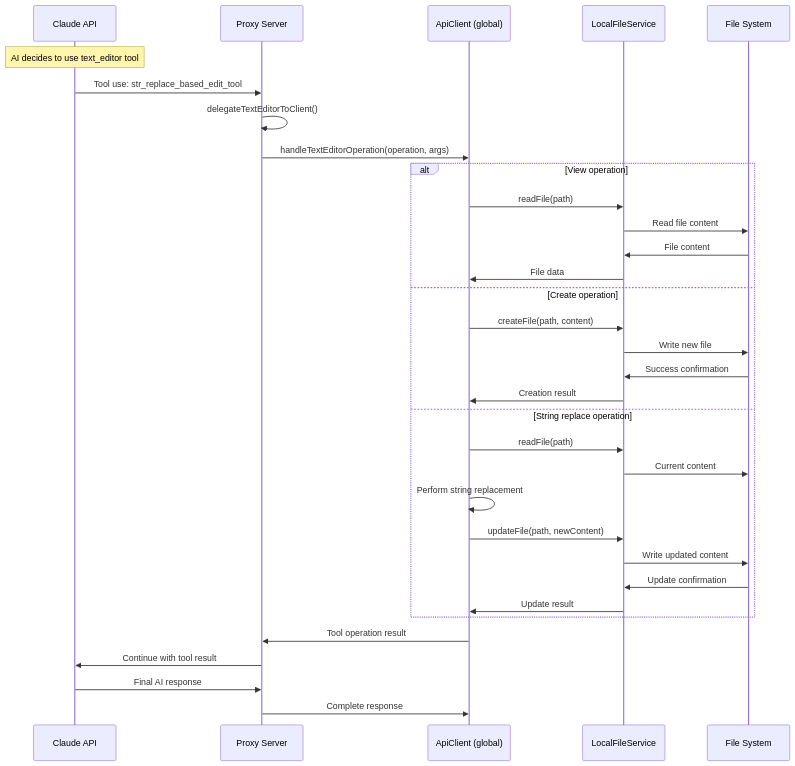
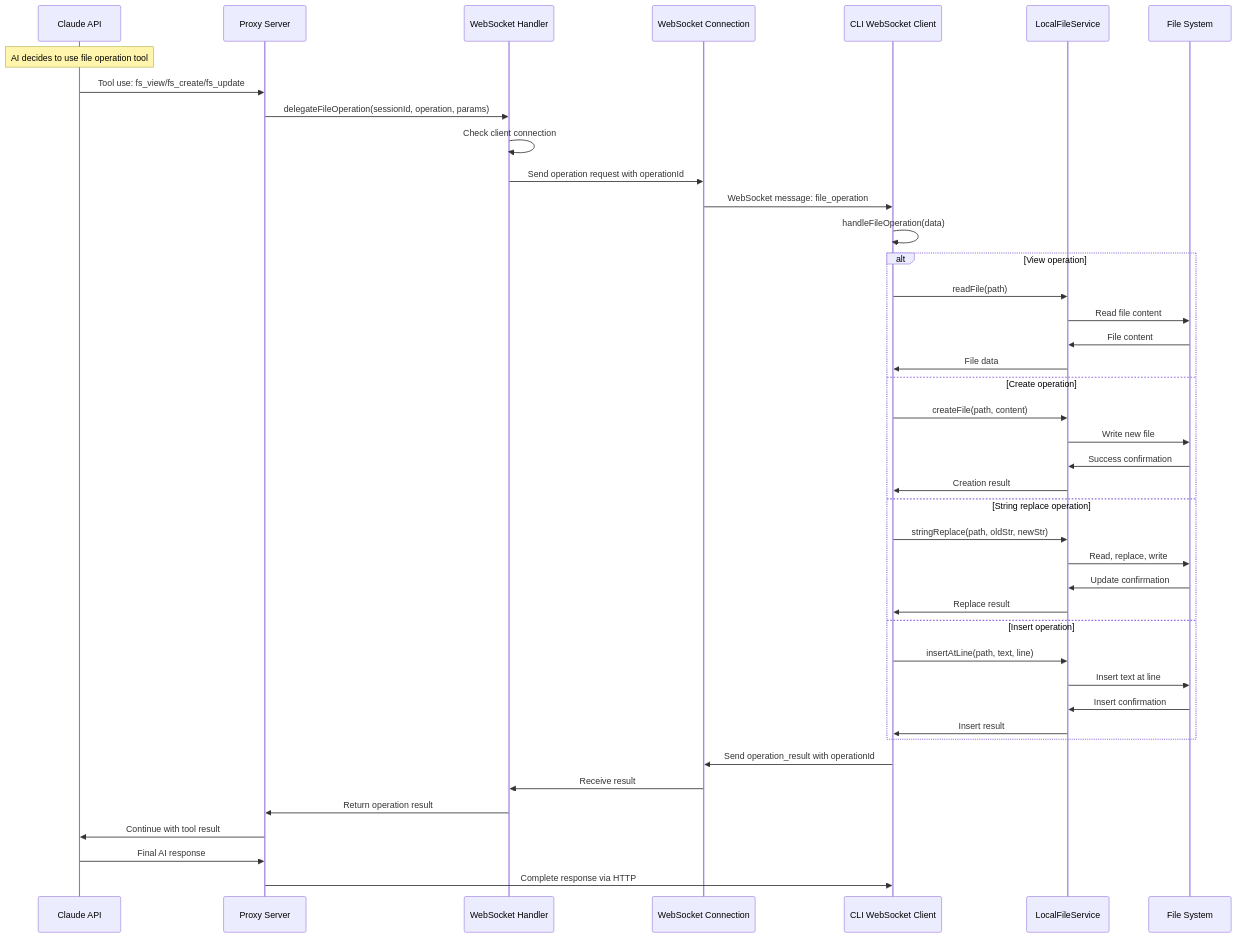
One commit to Davidgsilva/galaxy changed the fifth of 7 diagrams in docs/SYSTEM-FLOW-DIAGRAM.md. Above: the diagram before and after it, drawn with Mermaid. The commit also changed other lines of this file and 11 other files, not shown here.

````diff
--- a/docs/SYSTEM-FLOW-DIAGRAM.md
+++ b/docs/SYSTEM-FLOW-DIAGRAM.md
@@ -131,38 +138,47 @@
 ```mermaid
 sequenceDiagram
     participant Claude as Claude API
     participant PS as Proxy Server
-    participant API as ApiClient (global)
+    participant WSH as WebSocket Handler
+    participant WS as WebSocket Connection
+    participant CLI as CLI WebSocket Client
     participant LFS as LocalFileService
     participant FS as File System
     
-    Note over Claude: AI decides to use text_editor tool
-    Claude->>PS: Tool use: str_replace_based_edit_tool
-    PS->>PS: delegateTextEditorToClient()
-    PS->>API: handleTextEditorOperation(operation, args)
+    Note over Claude: AI decides to use file operation tool
+    Claude->>PS: Tool use: fs_view/fs_create/fs_update
+    PS->>WSH: delegateFileOperation(sessionId, operation, params)
+    WSH->>WSH: Check client connection
+    WSH->>WS: Send operation request with operationId
+    WS->>CLI: WebSocket message: file_operation
     
+    CLI->>CLI: handleFileOperation(data)
     alt View operation
-        API->>LFS: readFile(path)
+        CLI->>LFS: readFile(path)
         LFS->>FS: Read file content
         FS->>LFS: File content
-        LFS->>API: File data
+        LFS->>CLI: File data
     else Create operation
-        API->>LFS: createFile(path, content)
+        CLI->>LFS: createFile(path, content)
         LFS->>FS: Write new file
         FS->>LFS: Success confirmation
-        LFS->>API: Creation result
+        LFS->>CLI: Creation result
     else String replace operation
-        API->>LFS: readFile(path)
-        LFS->>FS: Current content
-        API->>API: Perform string replacement
-        API->>LFS: updateFile(path, newContent)
-        LFS->>FS: Write updated content
+        CLI->>LFS: stringReplace(path, oldStr, newStr)
+        LFS->>FS: Read, replace, write
         FS->>LFS: Update confirmation
-        LFS->>API: Update result
+        LFS->>CLI: Replace result
+    else Insert operation
+        CLI->>LFS: insertAtLine(path, text, line)
+        LFS->>FS: Insert text at line
+        FS->>LFS: Insert confirmation
+        LFS->>CLI: Insert result
     end
     
-    API->>PS: Tool operation result
+    CLI->>WS: Send operation_result with operationId
+    WS->>WSH: Receive result
+    WSH->>PS: Return operation result
     PS->>Claude: Continue with tool result
     Claude->>PS: Final AI response
-    PS->>API: Complete response
+    PS->>CLI: Complete response via HTTP
 ```
````
